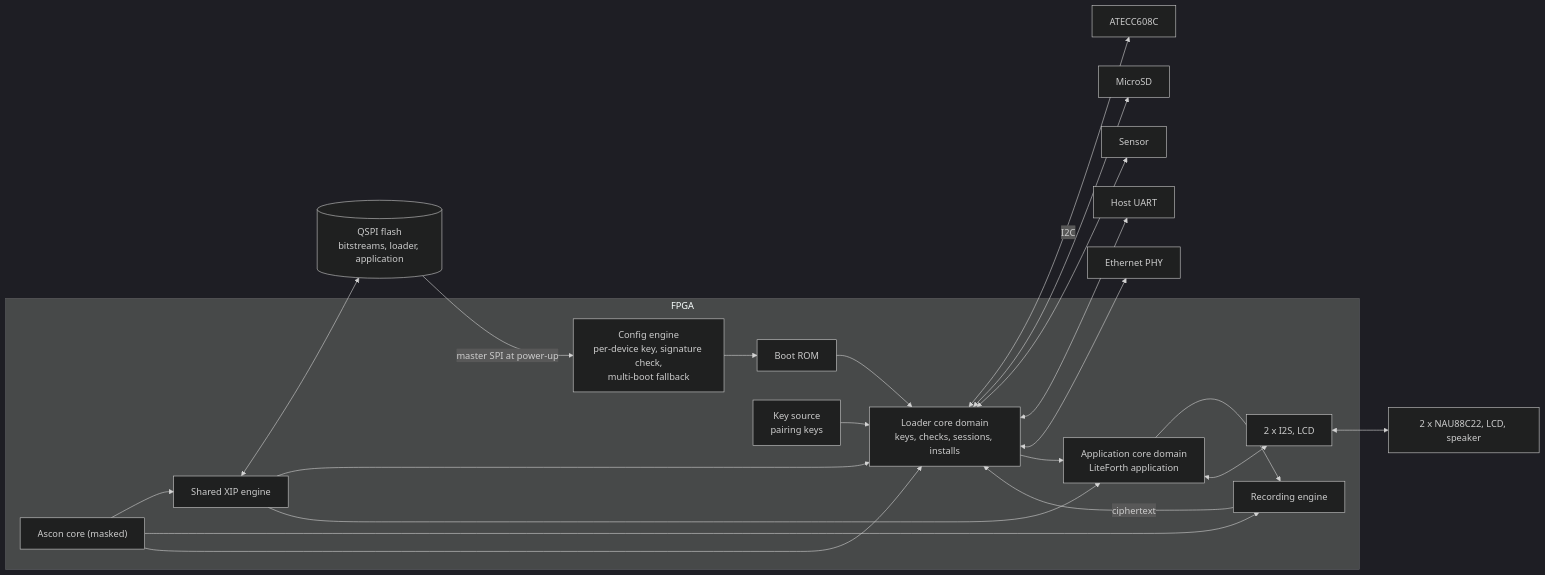
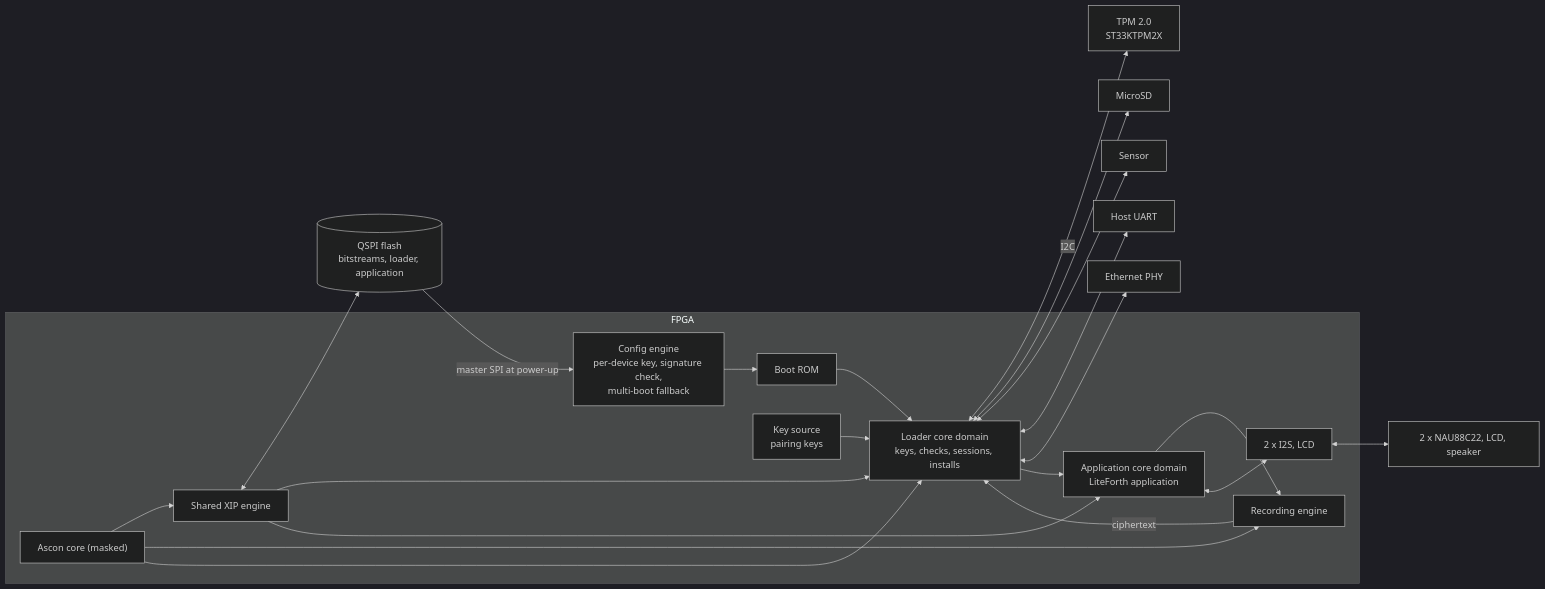
Before and after one commit to bradleyeckert/thriller: the diagram in doc/fpga.md, drawn with Mermaid (dark theme). The commit also changed other lines of this file and 22 other files, not shown here.

````diff
--- a/doc/fpga.md
+++ b/doc/fpga.md
@@ -11,33 +11,33 @@
 ```mermaid
 flowchart LR
   subgraph FPGA["FPGA"]
     CFG["Config engine<br/>per-device key, signature check,<br/>multi-boot fallback"]
     ROM["Boot ROM"]
     LDR["Loader core domain<br/>keys, checks, sessions, installs"]
     APP["Application core domain<br/>LiteForth application"]
     ASC["Ascon core (masked)"]
     KEYS["Key source<br/>pairing keys"]
     XIP["Shared XIP engine"]
     REC["Recording engine"]
     ACQ["2 x I2S, LCD"]
   end
   FL[("QSPI flash<br/>bitstreams, loader, application")]
-  SE["ATECC608C"]
+  SE["TPM 2.0<br/>ST33KTPM2X"]
   SD["MicroSD"]
   SNS["Sensor"]
   HOST["Host UART"]
   ETH["Ethernet PHY"]
   COD["2 x NAU88C22, LCD, speaker"]
   FL -->|"master SPI at power-up"| CFG
   CFG --> ROM --> LDR
   KEYS --> LDR
   LDR <-->|I2C| SE
   LDR <--> SD & SNS & HOST & ETH
   LDR --> APP
   XIP <--> FL
   XIP --> LDR & APP
   ASC --> XIP & REC & LDR
   APP --> REC
   APP <--> ACQ <--> COD
   REC -->|ciphertext| LDR
 ```
````
